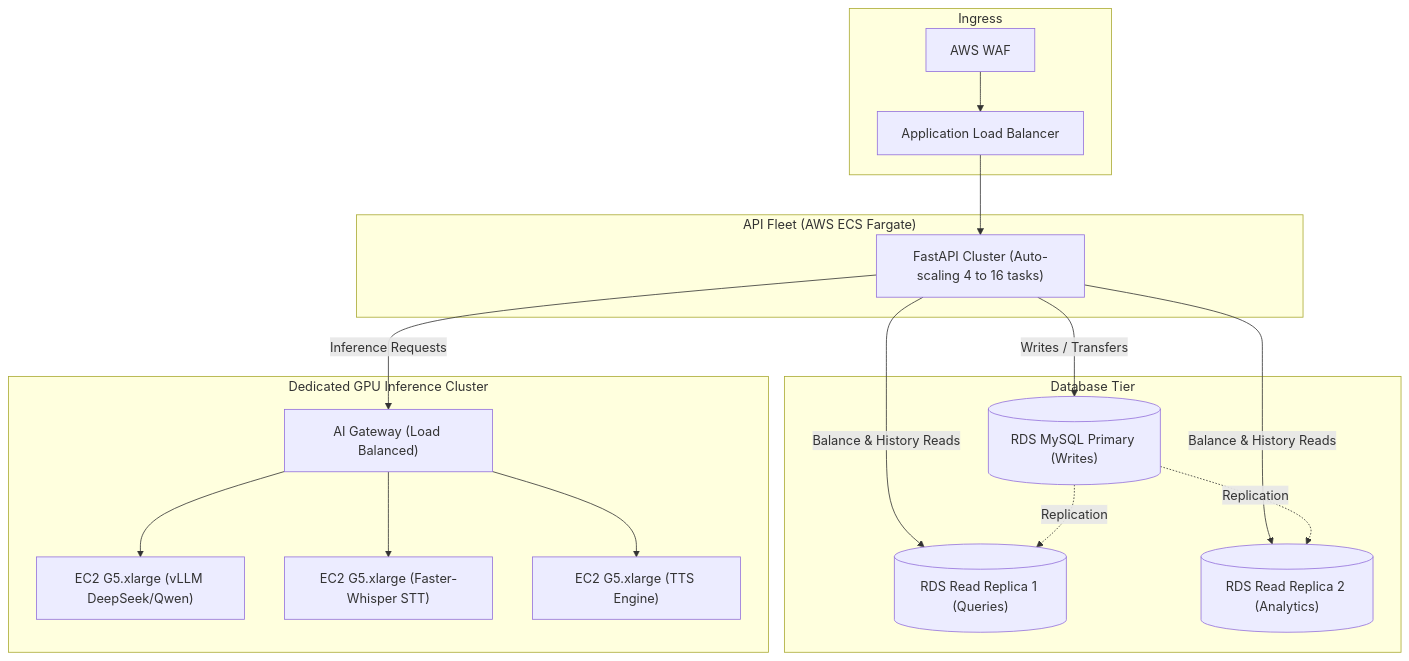
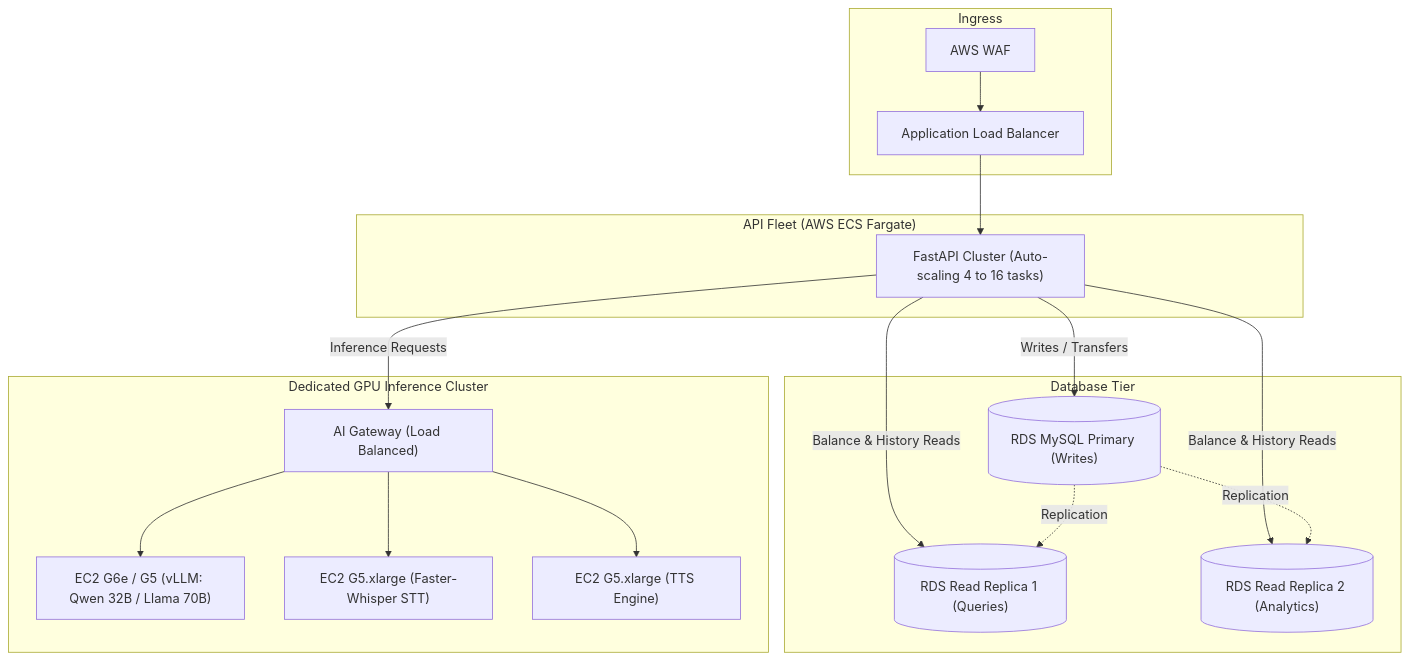
One commit to bikash-20/ML-fraud-detection-ai-fintech-platform changed the fourth of 6 diagrams in docs/SCALING_ARCHITECTURE.md. Above: the diagram before and after it, drawn with Mermaid. The commit also changed other lines of this file, not shown here.

Commit message:
docs: update production AI strategy to Llama 70B and Qwen 32B with vLLM tensor parallelism

````diff
--- a/docs/SCALING_ARCHITECTURE.md
+++ b/docs/SCALING_ARCHITECTURE.md
@@ -201,31 +201,31 @@
 ```mermaid
 flowchart TD
     subgraph Ingress["Ingress"]
         WAF["AWS WAF"]
         ALB["Application Load Balancer"]
     end
 
     subgraph WebCluster["API Fleet (AWS ECS Fargate)"]
         API["FastAPI Cluster (Auto-scaling 4 to 16 tasks)"]
     end
 
     subgraph DBCluster["Database Tier"]
         RDS_W[("RDS MySQL Primary (Writes)")]
         RDS_R1[("RDS Read Replica 1 (Queries)")]
         RDS_R2[("RDS Read Replica 2 (Analytics)")]
     end
 
     subgraph GPUCluster["Dedicated GPU Inference Cluster"]
         AIGateway["AI Gateway (Load Balanced)"]
-        GPU1["EC2 G5.xlarge (vLLM DeepSeek/Qwen)"]
+        GPU1["EC2 G6e / G5 (vLLM: Qwen 32B / Llama 70B)"]
         GPU2["EC2 G5.xlarge (Faster-Whisper STT)"]
         GPU3["EC2 G5.xlarge (TTS Engine)"]
     end
 
     WAF --> ALB --> API
     API -->|Writes / Transfers| RDS_W
     API -->|Balance & History Reads| RDS_R1 & RDS_R2
     RDS_W -.->|Replication| RDS_R1 & RDS_R2
     API -->|Inference Requests| AIGateway
     AIGateway --> GPU1 & GPU2 & GPU3
 ```
````
